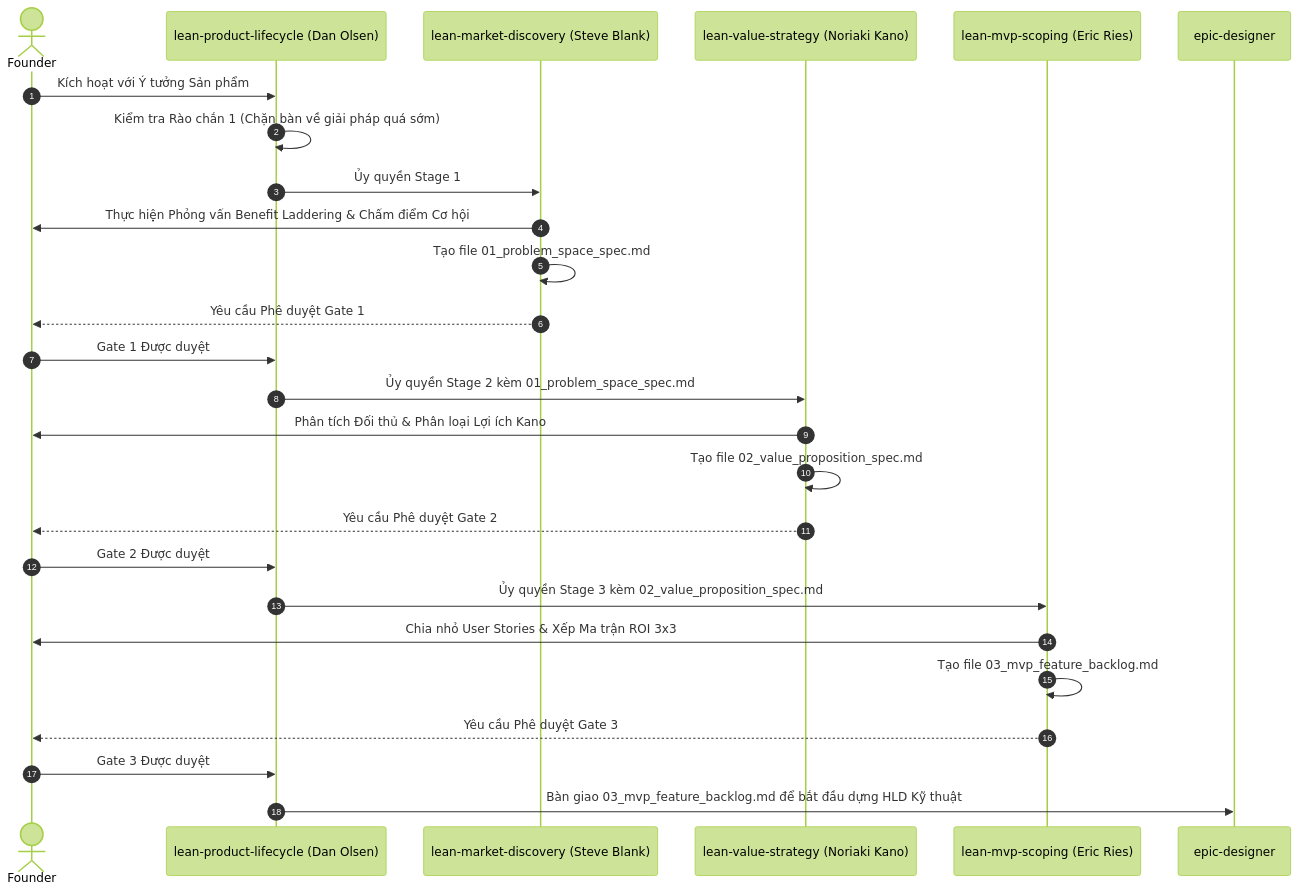
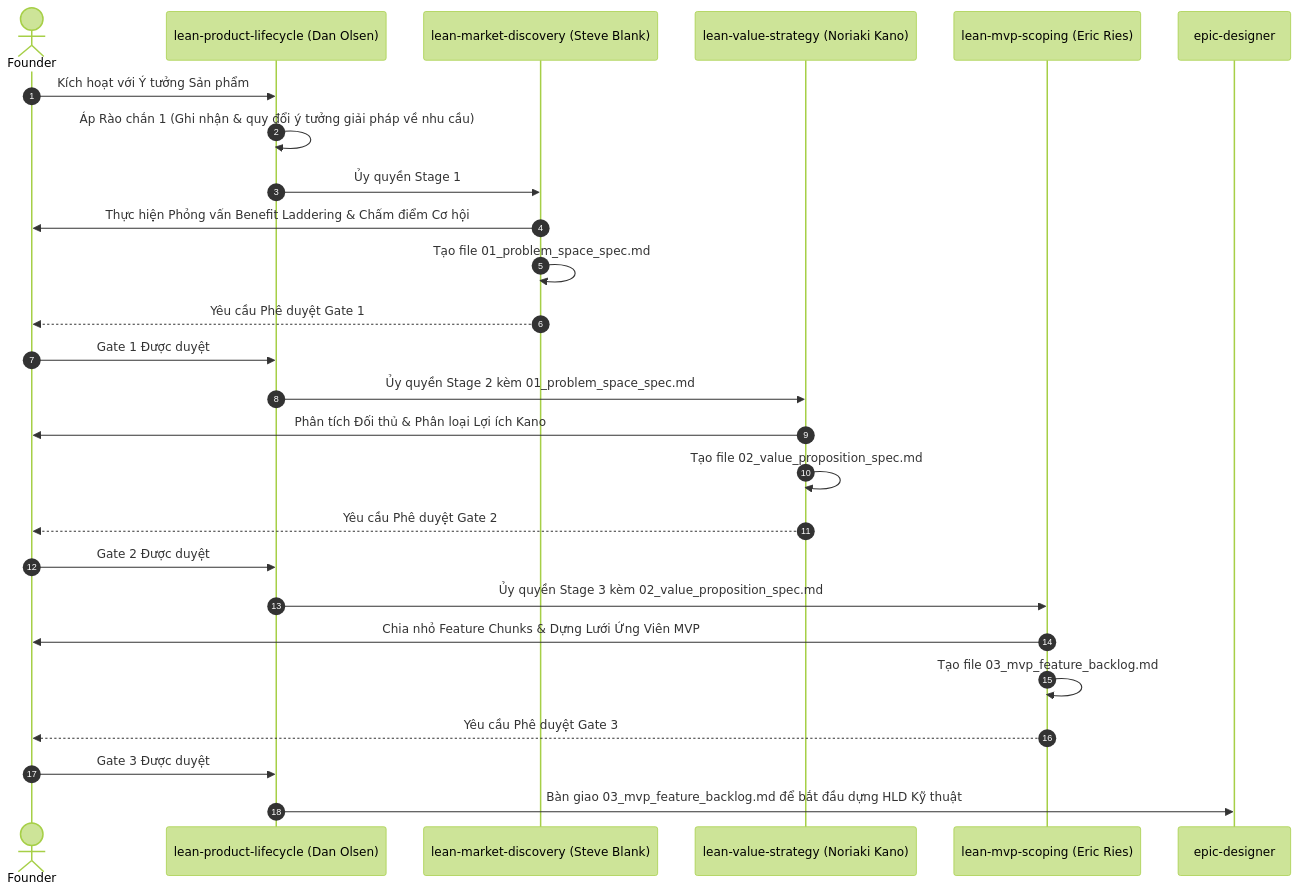
Before and after one commit to DanhDue/ai-agent-tools: the third of 3 diagrams in .devtool/epic/lean_product_suite/lean_product_suite.vi.md, drawn with Mermaid (forest theme). The commit also changed other lines of this file and 16 other files, not shown here.

````diff
--- a/.devtool/epic/lean_product_suite/lean_product_suite.vi.md
+++ b/.devtool/epic/lean_product_suite/lean_product_suite.vi.md
@@ -123,29 +135,29 @@
 ```mermaid
 sequenceDiagram
     autonumber
     actor F as Founder
     participant O as lean-product-lifecycle (Dan Olsen)
     participant S1 as lean-market-discovery (Steve Blank)
     participant S2 as lean-value-strategy (Noriaki Kano)
     participant S3 as lean-mvp-scoping (Eric Ries)
     participant ED as epic-designer
 
     F->>O: Kích hoạt với Ý tưởng Sản phẩm
-    O->>O: Kiểm tra Rào chắn 1 (Chặn bàn về giải pháp quá sớm)
+    O->>O: Áp Rào chắn 1 (Ghi nhận & quy đổi ý tưởng giải pháp về nhu cầu)
     O->>S1: Ủy quyền Stage 1
     S1->>F: Thực hiện Phỏng vấn Benefit Laddering & Chấm điểm Cơ hội
     S1->>S1: Tạo file 01_problem_space_spec.md
     S1-->>F: Yêu cầu Phê duyệt Gate 1
     F->>O: Gate 1 Được duyệt
     O->>S2: Ủy quyền Stage 2 kèm 01_problem_space_spec.md
     S2->>F: Phân tích Đối thủ & Phân loại Lợi ích Kano
     S2->>S2: Tạo file 02_value_proposition_spec.md
     S2-->>F: Yêu cầu Phê duyệt Gate 2
     F->>O: Gate 2 Được duyệt
     O->>S3: Ủy quyền Stage 3 kèm 02_value_proposition_spec.md
-    S3->>F: Chia nhỏ User Stories & Xếp Ma trận ROI 3x3
+    S3->>F: Chia nhỏ Feature Chunks & Dựng Lưới Ứng Viên MVP
     S3->>S3: Tạo file 03_mvp_feature_backlog.md
     S3-->>F: Yêu cầu Phê duyệt Gate 3
     F->>O: Gate 3 Được duyệt
     O->>ED: Bàn giao 03_mvp_feature_backlog.md để bắt đầu dựng HLD Kỹ thuật
 ```
````
